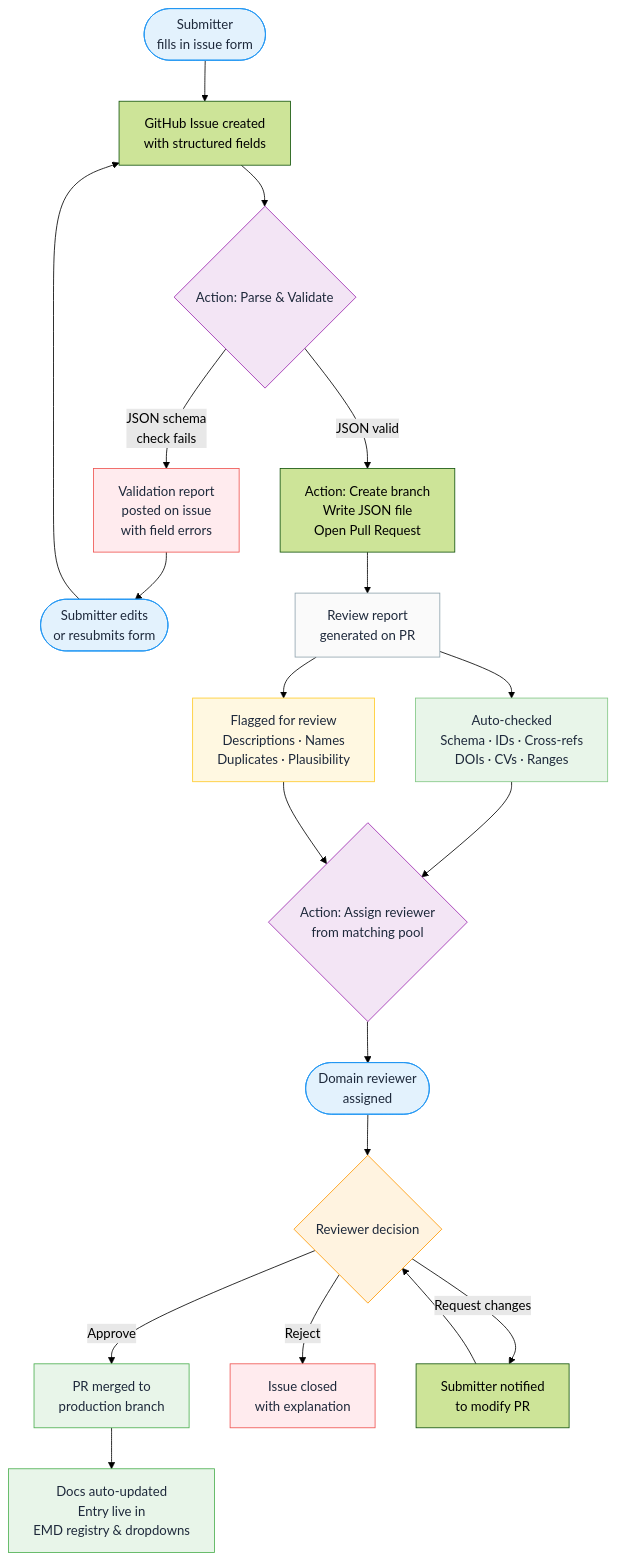
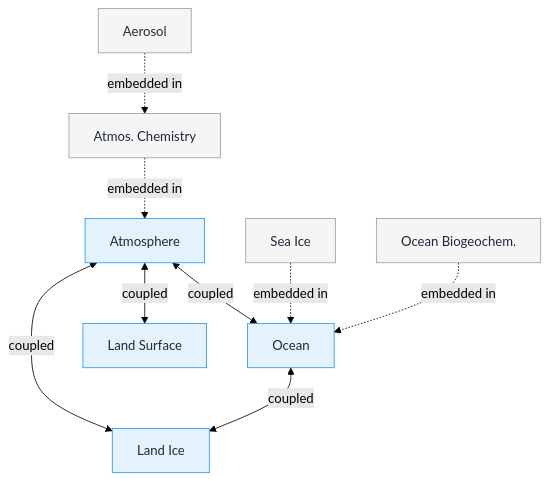
The diagram in docs/index.md (WCRP-CMIP/Essential-Model-Documentation), drawn with Mermaid (forest theme) before and after one commit. The commit also changed other lines of this file and 362 other files, not shown here.

````diff
--- a/docs/index.md
+++ b/docs/index.md
@@ -26,57 +29,30 @@
 ```mermaid
 flowchart TD
- A(["Submitter\nfills in issue form"]) --> B
+  ATM["Atmosphere"]
+  CHEM["Atmos. Chemistry"]
+  AER["Aerosol"]
+  OCN["Ocean"]
+  SEAICE["Sea Ice"]
+  OBGC["Ocean Biogeochem."]
+  LAND["Land Surface"]
+  ICE["Land Ice"]
 
- B["GitHub Issue created\nwith structured fields"]
- B --> C
+  CHEM -.->|embedded in| ATM
+  AER -.->|embedded in| CHEM
+  SEAICE -.->|embedded in| OCN
+  OBGC -.->|embedded in| OCN
 
- C{"Action: Parse & Validate"}
- C -->|"JSON schema\ncheck fails"| D
- C -->|"JSON valid"| E
+  ATM <-->|coupled| OCN
+  ATM <-->|coupled| LAND
+  ATM <-->|coupled| ICE
+  OCN <-->|coupled| ICE
 
- D["Validation report\nposted on issue\nwith field errors"]
- D --> A2(["Submitter edits\nor resubmits form"])
- A2 --> B
-
- E["Action: Create branch\nWrite JSON file\nOpen Pull Request"]
- E --> F
-
- F["Review report\ngenerated on PR"]
-
- F --> G["Auto-checked \nSchema · IDs · Cross-refs\nDOIs · CVs · Ranges"]
-
- F --> H["Flagged for review \nDescriptions · Names\nDuplicates · Plausibility"]
-
- G --> I
- H --> I
-
- I{"Action: Assign reviewer\nfrom matching pool"}
- I --> J(["Domain reviewer\nassigned"])
-
- J --> K{"Reviewer decision"}
- K -->|"Approve"| L
- K -->|"Reject"| M
- K -->|"Request changes"| N
-
- L["PR merged to\nproduction branch"]
- L --> O["Docs auto-updated\nEntry live in\nEMD registry & dropdowns"]
-
- M["Issue closed\nwith explanation"]
-
- N["Submitter notified\nto modify PR"]
- N --> K
-
- style A fill:#e3f2fd,stroke:#2196f3,color:#1e293b
- style A2 fill:#e3f2fd,stroke:#2196f3,color:#1e293b
- style J fill:#e3f2fd,stroke:#2196f3,color:#1e293b
- style C fill:#f3e5f5,stroke:#9c27b0,color:#1e293b
- style I fill:#f3e5f5,stroke:#9c27b0,color:#1e293b
- style K fill:#fff3e0,stroke:#ff9800,color:#1e293b
- style D fill:#ffebee,stroke:#ef5350,color:#1e293b
- style M fill:#ffebee,stroke:#ef5350,color:#1e293b
- style L fill:#e8f5e9,stroke:#4caf50,color:#1e293b
- style O fill:#e8f5e9,stroke:#4caf50,color:#1e293b
- style F fill:#fafafa,stroke:#90a4ae,color:#1e293b
- style G fill:#e8f5e9,stroke:#81c784,color:#1e293b
- style H fill:#fff8e1,stroke:#ffca28,color:#1e293b
+  style ATM fill:#e3f2fd,stroke:#2196f3,color:#1e293b
+  style OCN fill:#e3f2fd,stroke:#2196f3,color:#1e293b
+  style LAND fill:#e3f2fd,stroke:#2196f3,color:#1e293b
+  style ICE fill:#e3f2fd,stroke:#2196f3,color:#1e293b
+  style CHEM fill:#f5f5f5,stroke:#9e9e9e,color:#1e293b
+  style AER fill:#f5f5f5,stroke:#9e9e9e,color:#1e293b
+  style SEAICE fill:#f5f5f5,stroke:#9e9e9e,color:#1e293b
+  style OBGC fill:#f5f5f5,stroke:#9e9e9e,color:#1e293b
 ```
````
